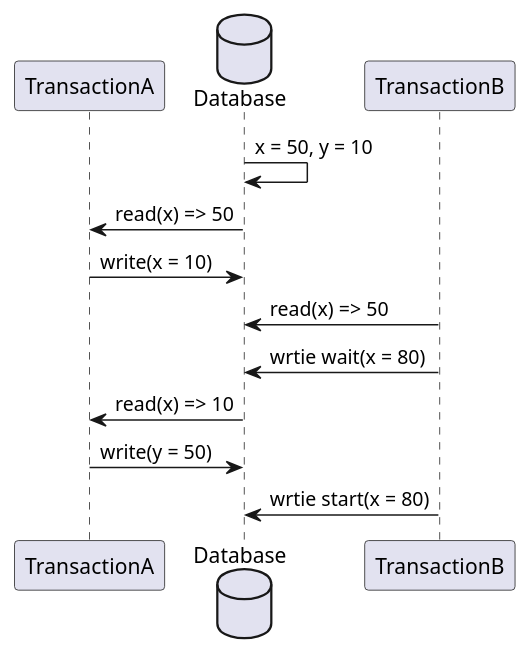
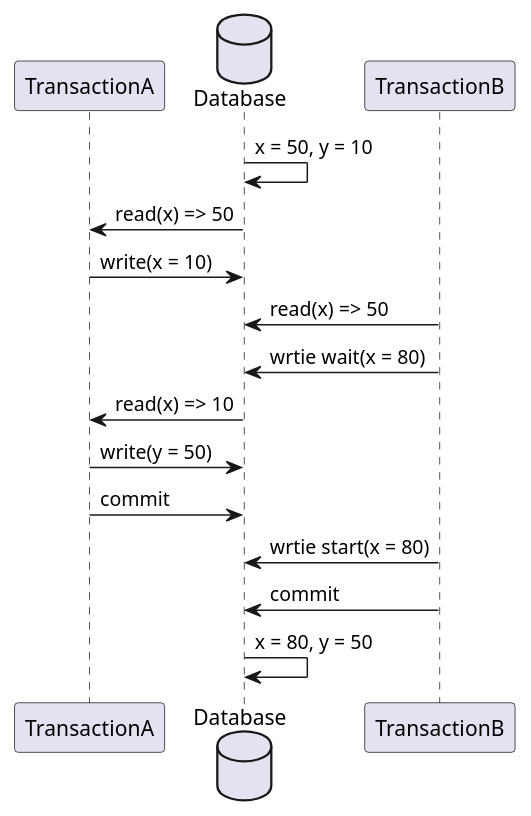
Before and after one commit to backend-sprout/TIL: the first of 8 diagrams in db/02 MultiVersion Concurrenct Control.md, drawn with PlantUML. The commit also changed other lines of this file, not shown here.

````diff
--- a/db/02 MultiVersion Concurrenct Control.md
+++ b/db/02 MultiVersion Concurrenct Control.md
@@ -25,18 +27,21 @@
 ```plantuml
 participant TransactionA
 database Database
 participant TransactionB
 
 Database -> Database : x = 50, y = 10
 Database -> TransactionA : read(x) => 50
 TransactionA -> Database: write(x = 10)
 
 TransactionB -> Database : read(x) => 50
 TransactionB -> Database : wrtie wait(x = 80) 
 
 Database -> TransactionA : read(x) => 10
 TransactionA -> Database  : write(y = 50) 
-
+TransactionA -> Database : commit
 
 TransactionB -> Database : wrtie start(x = 80) 
+TransactionB -> Database : commit
+
+Database -> Database : x = 80, y = 50
 ```
````
